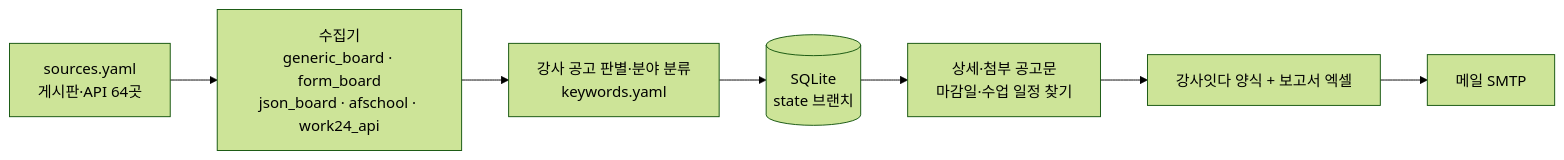
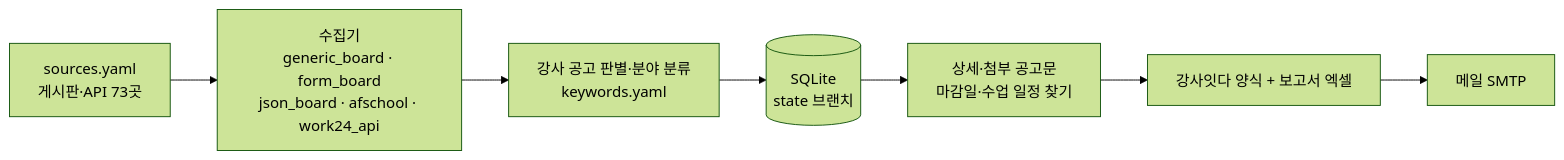
One commit to thskal17-sudo/busan-school-company changed the diagram in docs/DESIGN.md. Above: the diagram before and after it, drawn with Mermaid (forest theme). The commit also changed other lines of this file and 7 other files, not shown here.

````diff
--- a/docs/DESIGN.md
+++ b/docs/DESIGN.md
@@ -29,9 +29,9 @@
 ```mermaid
 flowchart LR
-    S[sources.yaml<br/>게시판·API 64곳] --> C[수집기<br/>generic_board · form_board<br/>json_board · afschool · work24_api]
+    S[sources.yaml<br/>게시판·API 73곳] --> C[수집기<br/>generic_board · form_board<br/>json_board · afschool · work24_api]
     C --> F[강사 공고 판별·분야 분류<br/>keywords.yaml]
     F --> D[(SQLite<br/>state 브랜치)]
     D --> I[상세·첨부 공고문<br/>마감일·수업 일정 찾기]
     I --> X[강사잇다 양식 + 보고서 엑셀]
     X --> M[메일 SMTP]
 ```
````
